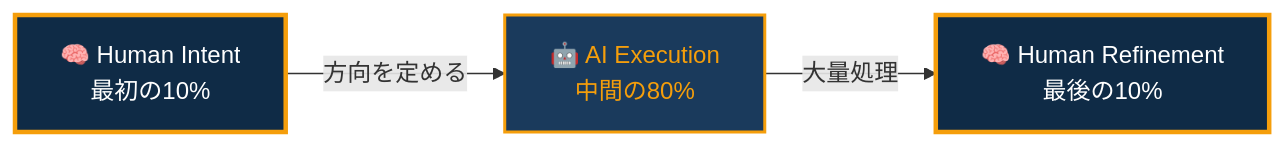
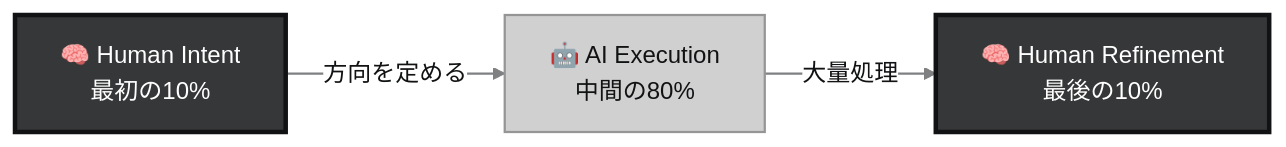
Before and after one commit to Leading-AI-IO/the-10-80-10-principle: the third of 11 diagrams in docs/jp/the_10_80_10_principle_JP.md, drawn with Mermaid. The commit also changed other lines of this file, not shown here.

````diff
--- a/docs/jp/the_10_80_10_principle_JP.md
+++ b/docs/jp/the_10_80_10_principle_JP.md
@@ -287,9 +293,11 @@
 ```mermaid
+%%{init: {'theme':'base','themeVariables':{'fontFamily':'Helvetica, Arial, sans-serif','lineColor':'#7f8082','primaryTextColor':'#111213','clusterBkg':'#fafafa','clusterBorder':'#b6b7b8','titleColor':'#363738','edgeLabelBackground':'#ffffff'}}}%%
 graph LR
     A["🧠 Human Intent<br/>最初の10%"] -->|"方向を定める"| B["🤖 AI Execution<br/>中間の80%"]
     B -->|"大量処理"| C["🧠 Human Refinement<br/>最後の10%"]
-    
-    style A fill:#0f2b46,stroke:#f59e0b,color:#ffffff,stroke-width:3px
-    style B fill:#1a3a5c,stroke:#f59e0b,color:#f59e0b,stroke-width:2px
-    style C fill:#0f2b46,stroke:#f59e0b,color:#ffffff,stroke-width:3px
+
+    style A fill:#363738,stroke:#111213,color:#ffffff,stroke-width:3px
+    style B fill:#d0d0d1,stroke:#959596,color:#111213,stroke-width:1.5px
+    style C fill:#363738,stroke:#111213,color:#ffffff,stroke-width:3px
+    linkStyle default stroke:#7f8082,stroke-width:1.5px
 ```
````
